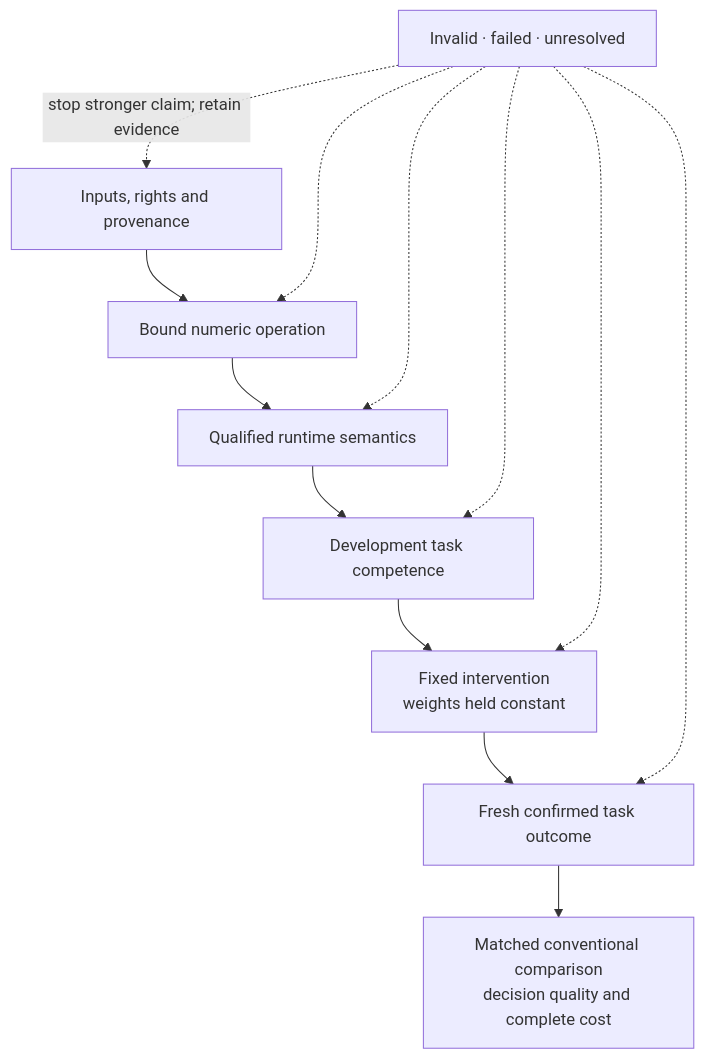
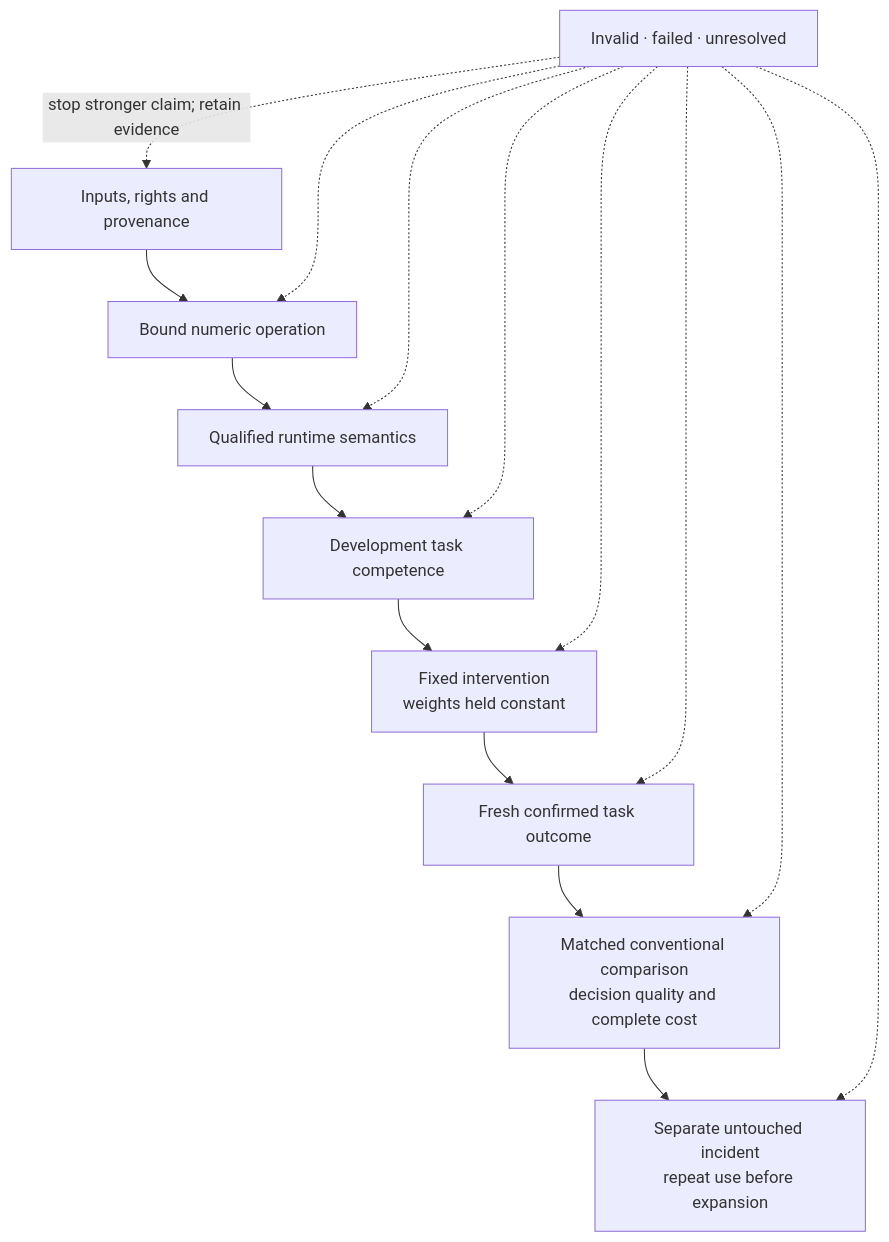
One commit to manfromnowhere143/nisayon changed the third of 5 diagrams in docs/ARCHITECTURE.md. Above: the diagram before and after it, drawn with Mermaid. The commit also changed other lines of this file and 962 other files, not shown here.

````diff
--- a/docs/ARCHITECTURE.md
+++ b/docs/ARCHITECTURE.md
@@ -129,17 +256,20 @@
 ```mermaid
 flowchart TD
     accTitle: Evidence required for a deployment decision
-    accDescr: Inputs and rights lead to an executable numeric operation, then runtime behavior, task competence, a fixed intervention, fresh confirmation and finally a matched value comparison. A failure or unknown at any layer stops stronger claims while preserving earlier supported results.
+    accDescr: Inputs and rights lead to an executable numeric operation, then runtime behavior, task competence, a fixed intervention, fresh confirmation, a matched value comparison and separate repeat use. A failure or unknown at any layer stops stronger claims while preserving earlier supported results. Comparative value and repeat use remain unproved.
     A["Inputs, rights and provenance"] --> B["Bound numeric operation"]
     B --> C["Qualified runtime semantics"]
     C --> D["Development task competence"]
     D --> E["Fixed intervention<br/>weights held constant"]
     E --> F["Fresh confirmed task outcome"]
     F --> G["Matched conventional comparison<br/>decision quality and complete cost"]
+    G --> H["Separate untouched incident<br/>repeat use before expansion"]
     X["Invalid · failed · unresolved"] -. "stop stronger claim; retain evidence" .-> A
     X -.-> B
     X -.-> C
     X -.-> D
     X -.-> E
     X -.-> F
+    X -.-> G
+    X -.-> H
 ```
````
